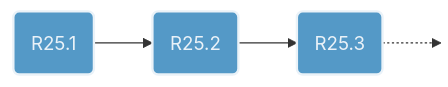
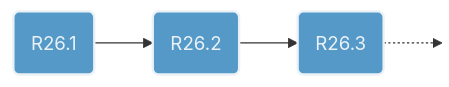
Before and after one commit to spectrum-health-systems/tingen-documentation: the first of 6 diagrams in dev/development-cycle.md, drawn with Mermaid. The commit also changed other lines of this file, not shown here.

````diff
--- a/dev/development-cycle.md
+++ b/dev/development-cycle.md
@@ -20,12 +28,12 @@
 ```mermaid
 flowchart LR
     %% Components
-    R25.1@{shape: rounded, label: "R25.1"}
-    R25.2@{shape: rounded, label: "R25.2"}
-    R25.3@{shape: rounded, label: "R25.3"}
+    R26.1@{shape: rounded, label: "R26.1"}
+    R26.2@{shape: rounded, label: "R26.2"}
+    R26.3@{shape: rounded, label: "R26.3"}
     %% Layout
-    R25.1:::U2_ --> R25.2:::U2_ --> R25.3:::U2_ -.-> HiddenA:::Hidden
+    R26.1:::U2_ --> R26.2:::U2_ --> R26.3:::U2_ -.-> HiddenA:::Hidden
     %% Styles
     classDef Hidden display: none;
     classDef U2_ stroke:#eaf2f8,stroke-width:2px,fill:#5499c7,color:#eaf2f8
 ```
````
